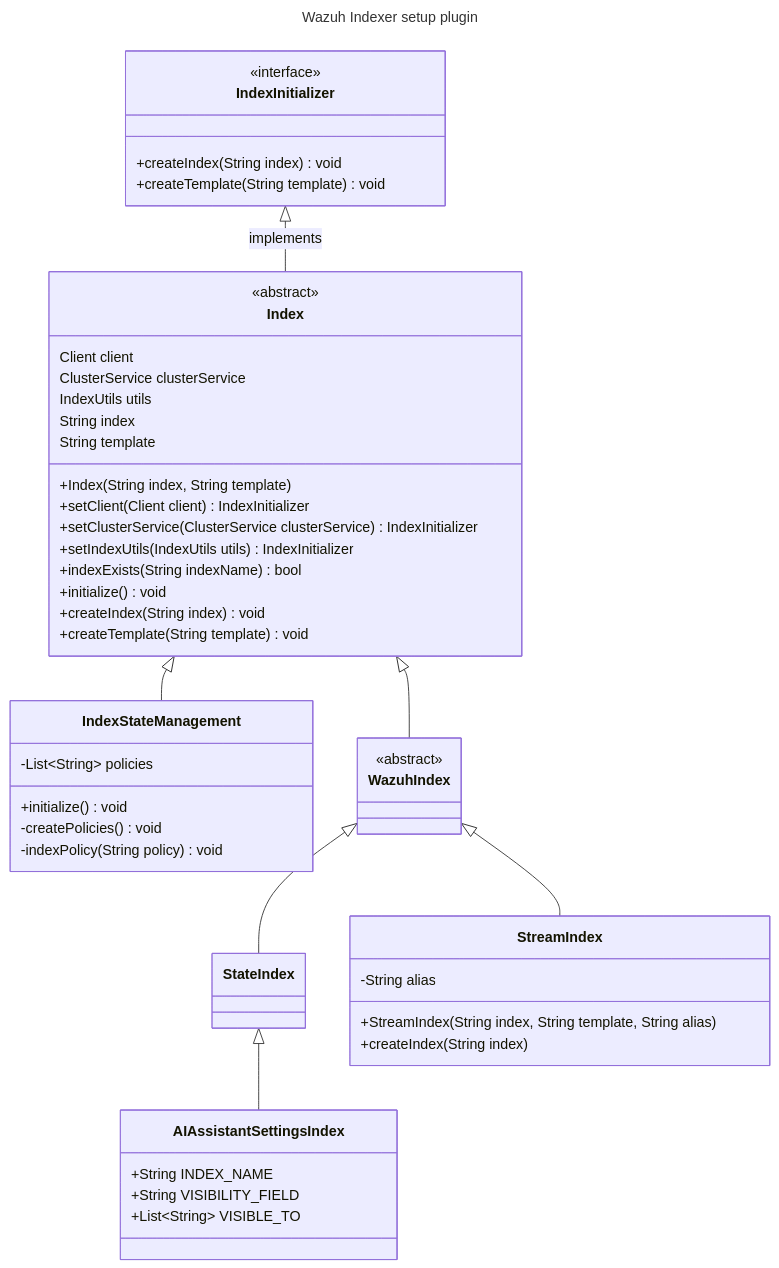
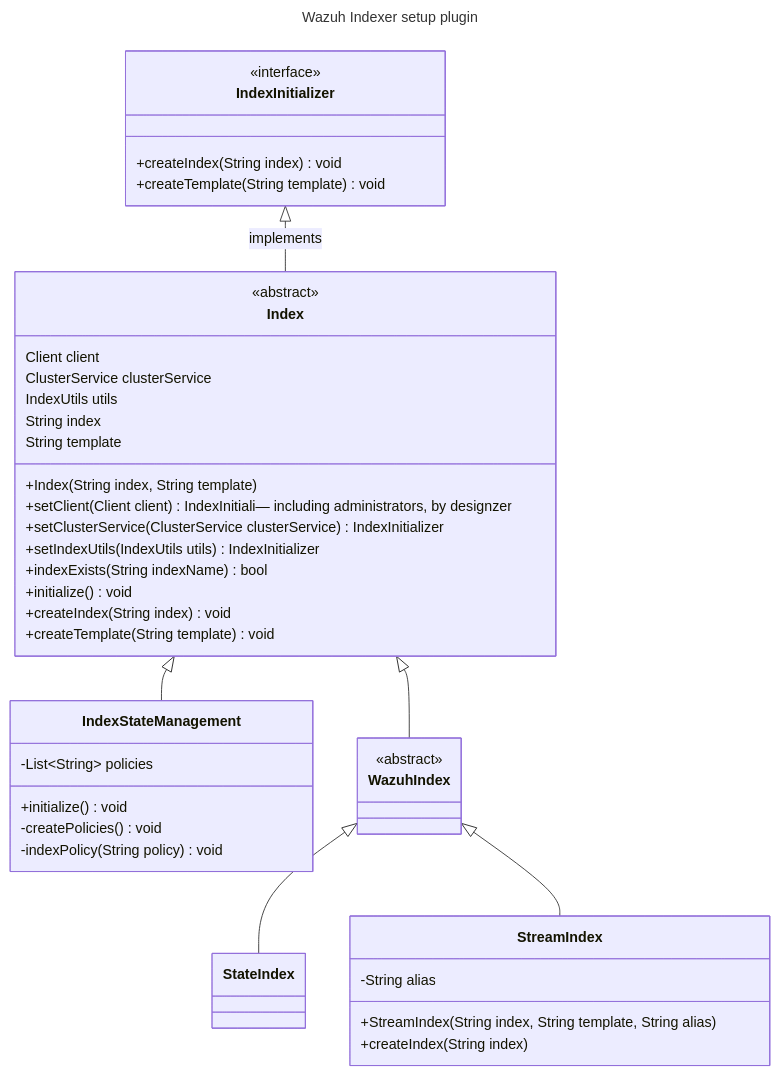
The first of 2 diagrams in docs/dev/plugins/setup.md (wazuh/wazuh-indexer-plugins), drawn with Mermaid before and after one commit. The commit also changed other lines of this file and 1 other file, not shown here.

````diff
--- a/docs/dev/plugins/setup.md
+++ b/docs/dev/plugins/setup.md
@@ -9,66 +9,59 @@
 ```mermaid
 ---
 title: Wazuh Indexer setup plugin
 ---
 classDiagram
     %% Classes
     class IndexInitializer
     <<interface>> IndexInitializer
     class Index
     <<abstract>> Index
     class IndexStateManagement
     class WazuhIndex
     <<abstract>> WazuhIndex
     class StateIndex
     class StreamIndex
-    class AIAssistantSettingsIndex
 
     %% Relations
     IndexInitializer <|-- Index : implements
     Index <|-- IndexStateManagement
     Index <|-- WazuhIndex
     WazuhIndex <|-- StateIndex
     WazuhIndex <|-- StreamIndex
-    StateIndex <|-- AIAssistantSettingsIndex
 
     %% Schemas
     class IndexInitializer {
         +createIndex(String index) void
         +createTemplate(String template) void
     }
     class Index {
         Client client
         ClusterService clusterService
         IndexUtils utils
         String index
         String template
         +Index(String index, String template)
-        +setClient(Client client) IndexInitializer
+        +setClient(Client client) IndexInitiali— including administrators, by designzer
         +setClusterService(ClusterService clusterService) IndexInitializer
         +setIndexUtils(IndexUtils utils) IndexInitializer
         +indexExists(String indexName) bool
         +initialize() void
         +createIndex(String index) void
         +createTemplate(String template) void
     }
     class IndexStateManagement {
         -List~String~ policies
         +initialize() void
         -createPolicies() void
         -indexPolicy(String policy) void
     }
     class WazuhIndex {
     }
     class StreamIndex {
         -String alias
         +StreamIndex(String index, String template, String alias)
         +createIndex(String index)
     }
     class StateIndex {
     }
-    class AIAssistantSettingsIndex {
-        +String INDEX_NAME
-        +String VISIBILITY_FIELD
-        +List~String~ VISIBLE_TO
-    }
 ```
````
